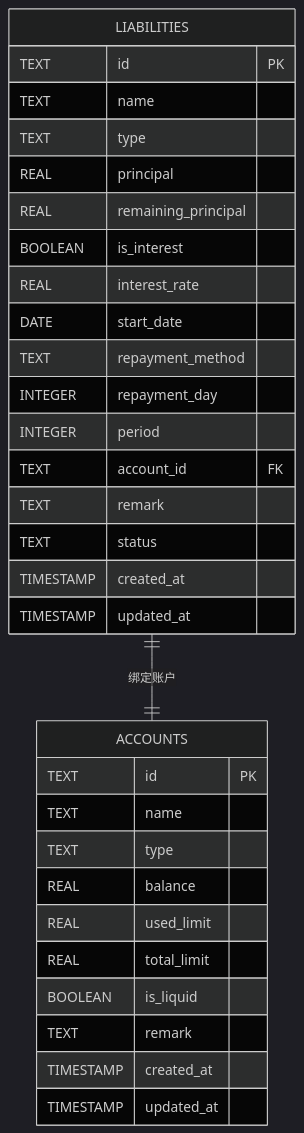
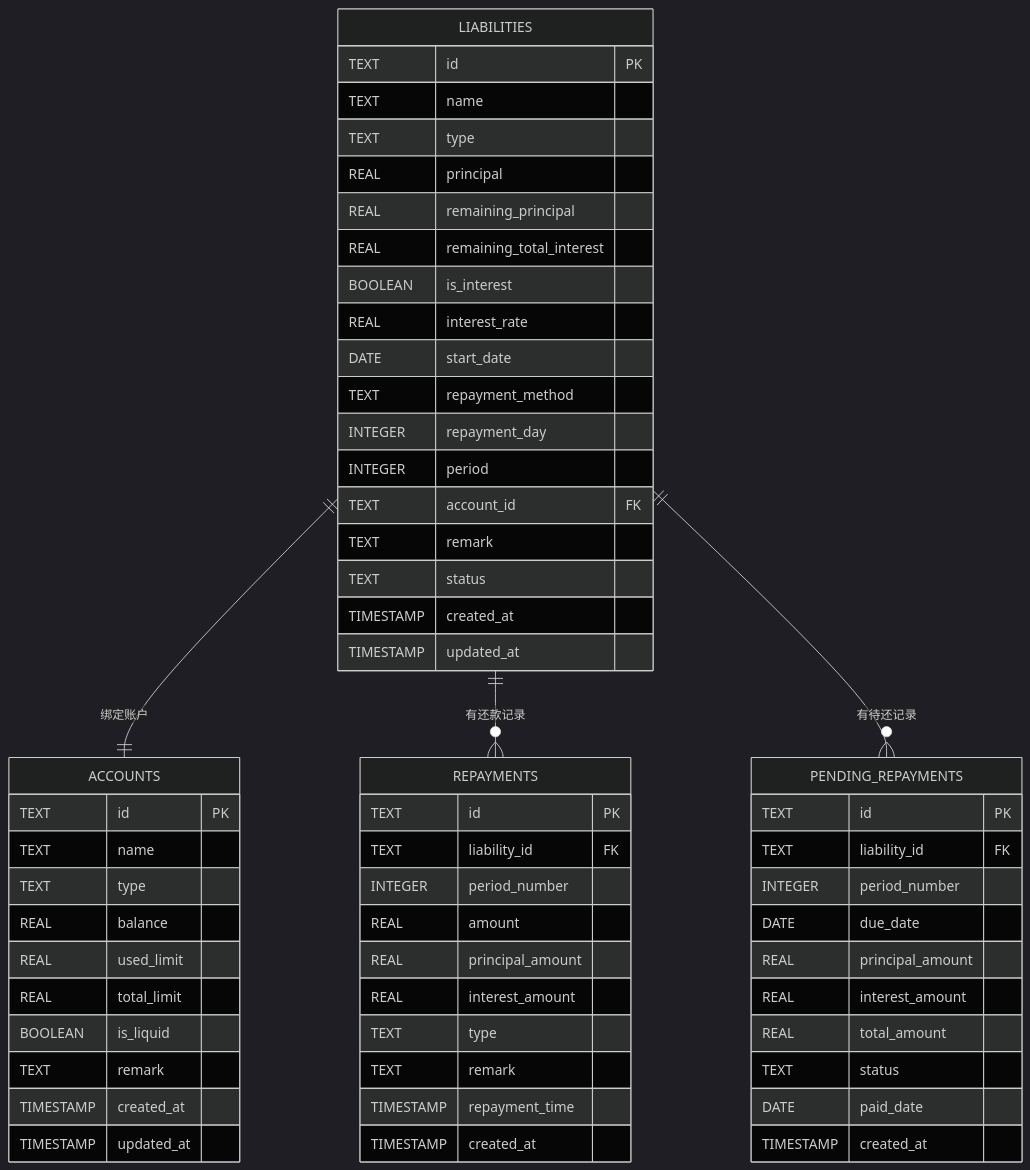
One commit to xiao-lin-unit/yuan changed the seventh of 8 diagrams in .qoder/repowiki/zh/content/负债管理.md. Above: the diagram before and after it, drawn with Mermaid (dark theme). The commit also changed other lines of this file and 6 other files, not shown here.

````diff
--- a/.qoder/repowiki/zh/content/负债管理.md
+++ b/.qoder/repowiki/zh/content/负债管理.md
@@ -311,34 +380,61 @@
 ```mermaid
 erDiagram
 LIABILITIES {
 TEXT id PK
 TEXT name
 TEXT type
 REAL principal
 REAL remaining_principal
+REAL remaining_total_interest
 BOOLEAN is_interest
 REAL interest_rate
 DATE start_date
 TEXT repayment_method
 INTEGER repayment_day
 INTEGER period
 TEXT account_id FK
 TEXT remark
 TEXT status
 TIMESTAMP created_at
 TIMESTAMP updated_at
+}
+REPAYMENTS {
+TEXT id PK
+TEXT liability_id FK
+INTEGER period_number
+REAL amount
+REAL principal_amount
+REAL interest_amount
+TEXT type
+TEXT remark
+TIMESTAMP repayment_time
+TIMESTAMP created_at
+}
+PENDING_REPAYMENTS {
+TEXT id PK
+TEXT liability_id FK
+INTEGER period_number
+DATE due_date
+REAL principal_amount
+REAL interest_amount
+REAL total_amount
+TEXT status
+DATE paid_date
+TIMESTAMP created_at
 }
 ACCOUNTS {
 TEXT id PK
 TEXT name
 TEXT type
 REAL balance
 REAL used_limit
 REAL total_limit
 BOOLEAN is_liquid
 TEXT remark
 TIMESTAMP created_at
 TIMESTAMP updated_at
 }
 LIABILITIES ||--|| ACCOUNTS : "绑定账户"
+LIABILITIES ||--o{ REPAYMENTS : "有还款记录"
+LIABILITIES ||--o{ PENDING_REPAYMENTS : "有待还记录"
 ```
````
